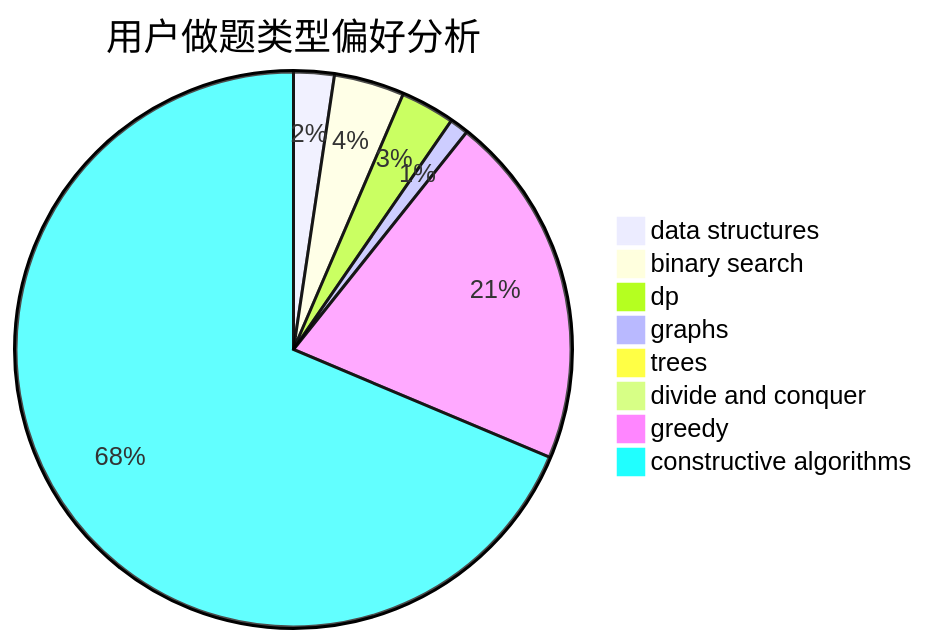
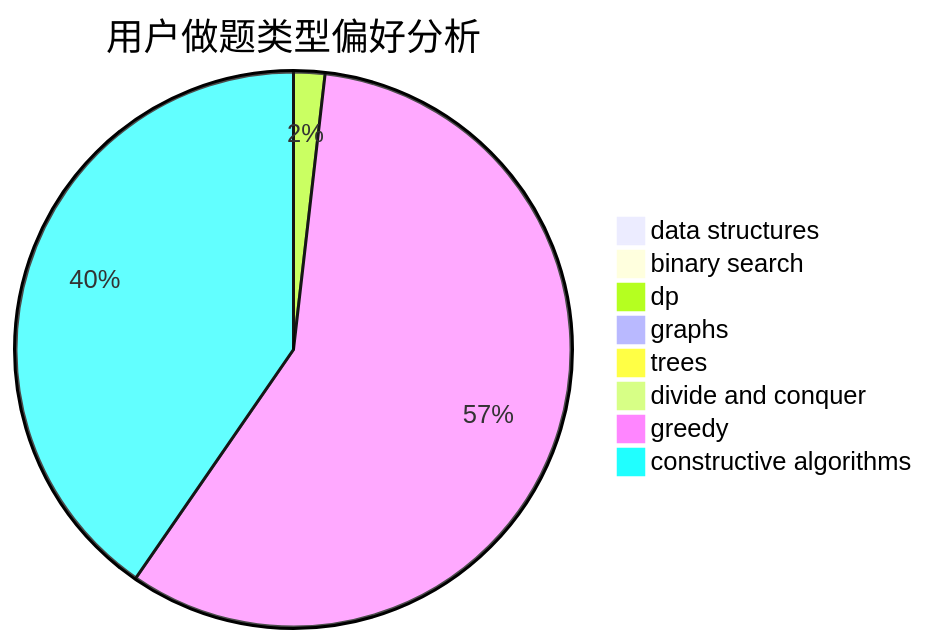
Before and after one commit to sherpahu/cfrs.github.io: the second of 3 diagrams in docs/user/u588.md, drawn with Mermaid. The commit also changed other lines of this file and 2770 other files, not shown here.

````diff
--- a/docs/user/u588.md
+++ b/docs/user/u588.md
@@ -23,11 +23,11 @@
 ```mermaid
 pie title 用户做题类型偏好分析
-    "data structures" :  15
-    "binary search" :  26
-    "dp" :  20
-    "graphs" :  7
-    "trees" :  3
-    "divide and conquer" :  0
-    "greedy" :  131
-    "constructive algorithms" :  436
+    "data structures" :  1
+    "binary search" :  6
+    "dp" :  14
+    "graphs" :  5
+    "trees" :  0
+    "divide and conquer" :  2
+    "greedy" :  445
+    "constructive algorithms" :  311
 ```
````
